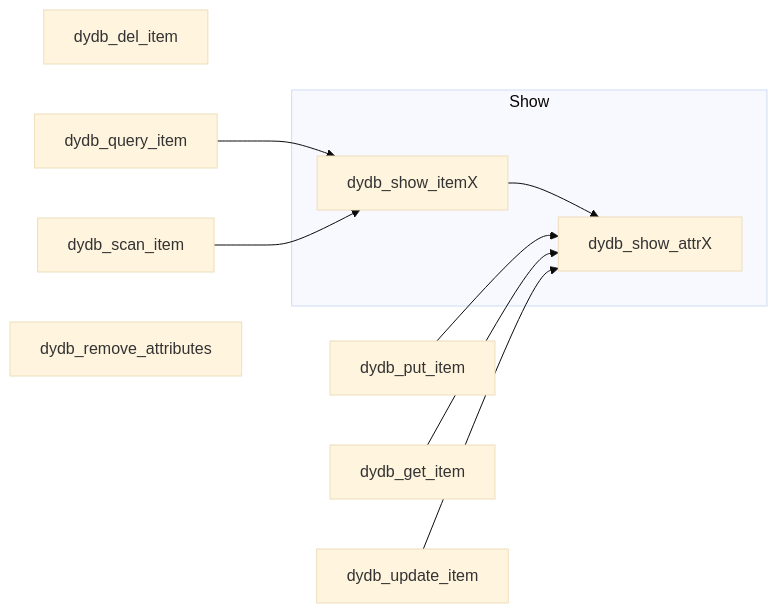
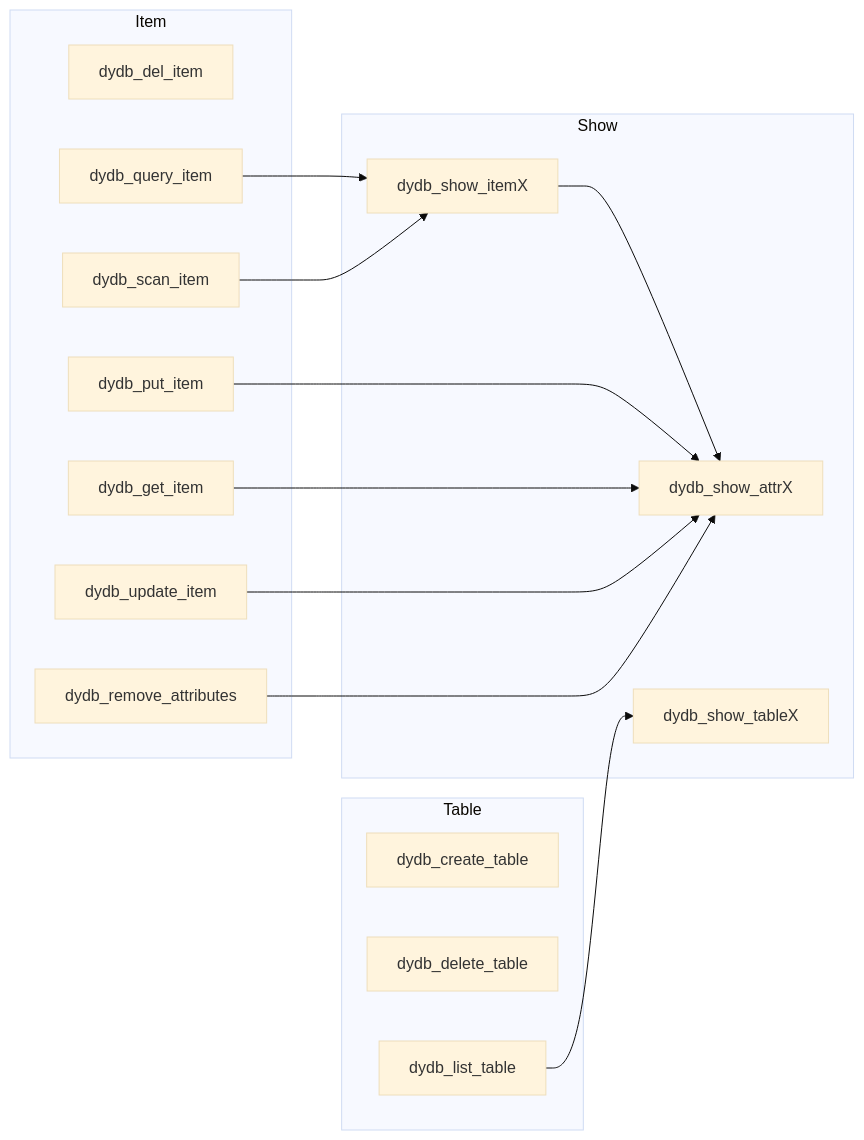
Before and after one commit to lankahsu520/awsX9: the diagram in README.md, drawn with Mermaid (base theme). The commit also changed other lines of this file and 3 other files, not shown here.

Commit message:
add functions - 	void dydb_show_tableX(DyDB_InfoX_t *dydb_ctx) 	int dydb_list_table(DyDB_InfoX_t *dydb_ctx)

````diff
--- a/README.md
+++ b/README.md
@@ -6,15 +6,24 @@
 ```mermaid
 flowchart LR
 	subgraph Show
 		dydb_show_attrX
 		dydb_show_itemX --> dydb_show_attrX
+		dydb_show_tableX
 	end
-	dydb_del_item
-	dydb_put_item --> dydb_show_attrX
-	dydb_get_item --> dydb_show_attrX
-	dydb_update_item --> dydb_show_attrX
-	dydb_query_item --> dydb_show_itemX
-	dydb_scan_item --> dydb_show_itemX
+	subgraph Table
+    	dydb_create_table
+		dydb_delete_table
+		dydb_list_table --> dydb_show_tableX
+	end
+
+	subgraph Item
+		dydb_del_item
+		dydb_put_item --> dydb_show_attrX
+		dydb_get_item --> dydb_show_attrX
+		dydb_update_item --> dydb_show_attrX
+		dydb_query_item --> dydb_show_itemX
+		dydb_scan_item --> dydb_show_itemX
 	
-	dydb_remove_attributes
+		dydb_remove_attributes --> dydb_show_attrX
+	end
 ```
````
